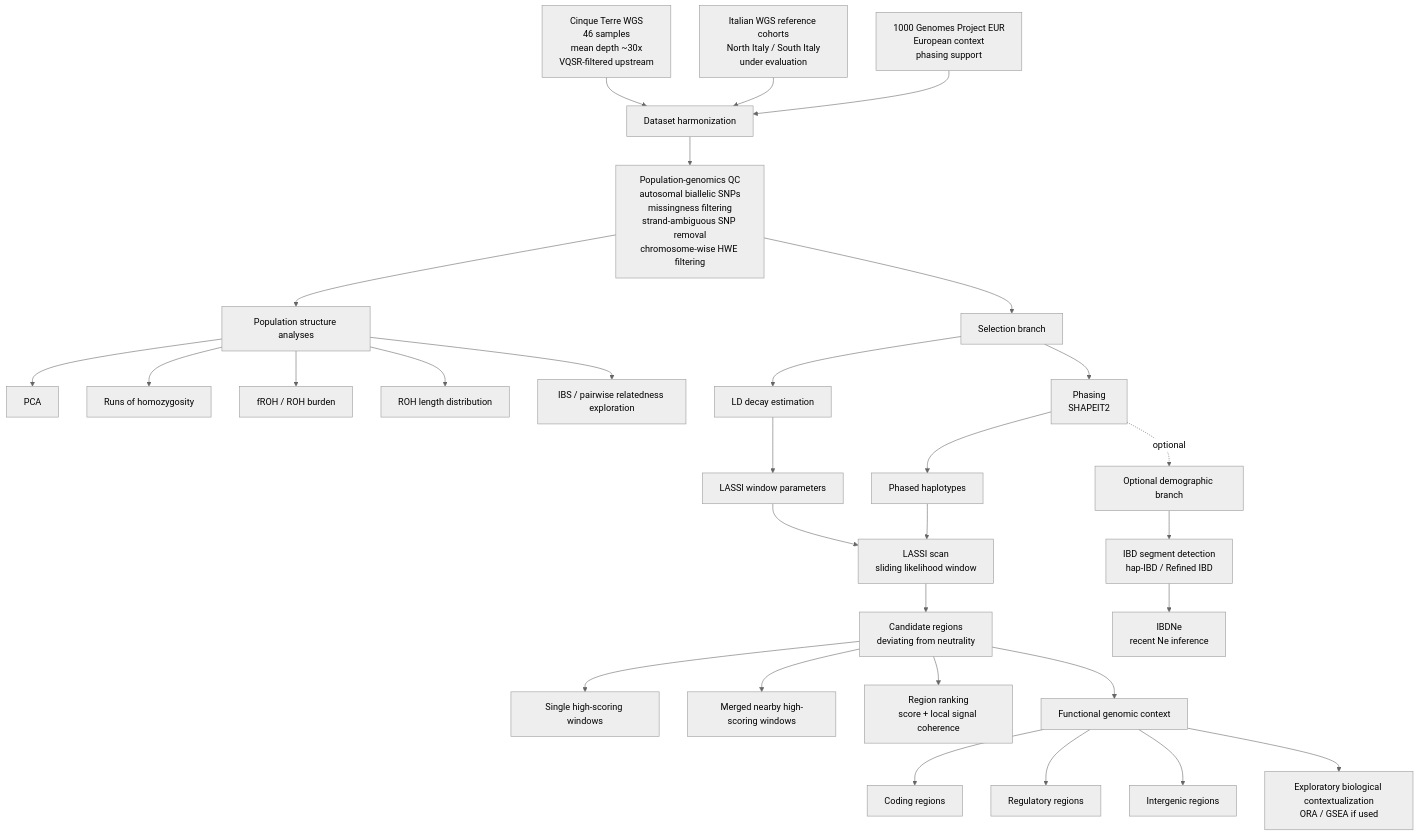
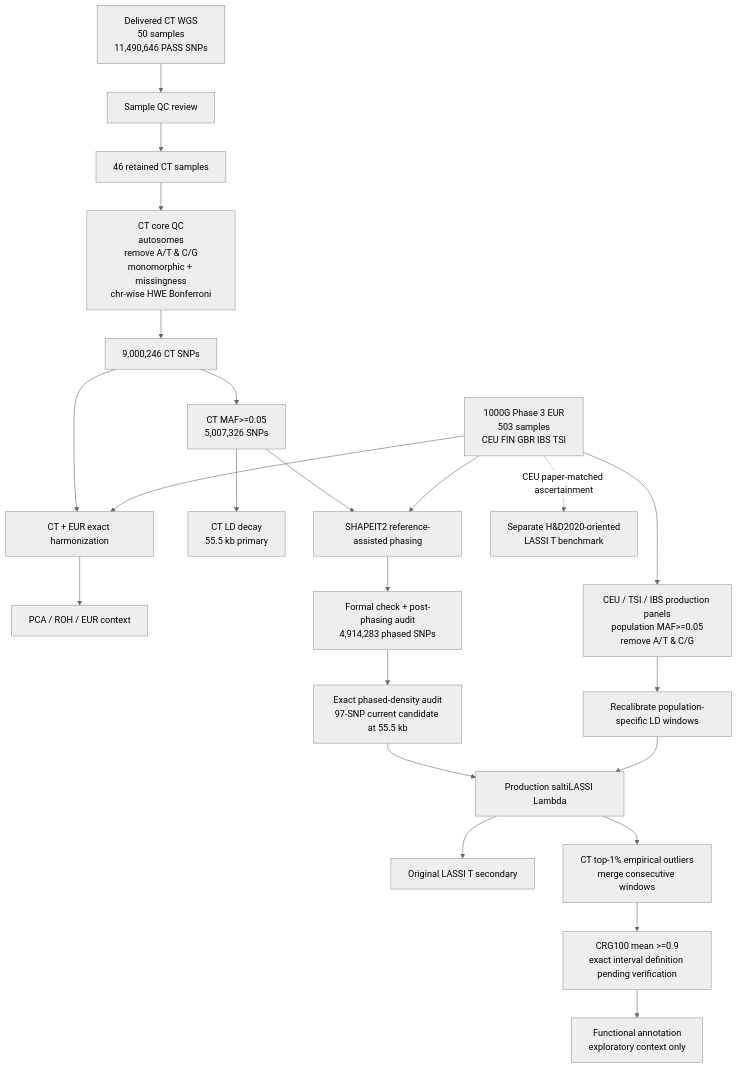
One commit to ArthurAnam/5terre-popgen-selection-pipeline changed the diagram in docs/pipeline_diagram.md. Above: the diagram before and after it, drawn with Mermaid (neutral theme). The commit also changed other lines of this file and 8 other files, not shown here.

Commit message:
Synchronize documentation with current selection workflow

````diff
--- a/docs/pipeline_diagram.md
+++ b/docs/pipeline_diagram.md
@@ -20,45 +5,34 @@
 ```mermaid
 flowchart TD
+    A[Delivered CT WGS<br/>50 samples<br/>11,490,646 PASS SNPs]
+    A --> B[Sample QC review]
+    B --> C[46 retained CT samples]
 
-    A[Cinque Terre WGS<br/>46 samples<br/>mean depth ~30x<br/>VQSR-filtered upstream]
-    B[Italian WGS reference cohorts<br/>North Italy / South Italy<br/>under evaluation]
-    C[1000 Genomes Project EUR<br/>European context<br/>phasing support]
+    C --> D[CT core QC<br/>autosomes<br/>remove A/T & C/G<br/>monomorphic + missingness<br/>chr-wise HWE Bonferroni]
+    D --> E[9,000,246 CT SNPs]
 
-    A --> D[Dataset harmonization]
-    B --> D
-    C --> D
+    R[1000G Phase 3 EUR<br/>503 samples<br/>CEU FIN GBR IBS TSI]
 
-    D --> E[Population-genomics QC<br/>autosomal biallelic SNPs<br/>missingness filtering<br/>strand-ambiguous SNP removal<br/>chromosome-wise HWE filtering]
+    E --> H[CT + EUR exact harmonization]
+    R --> H
+    H --> P[PCA / ROH / EUR context]
 
-    E --> F[Population structure analyses]
-    E --> G[Selection branch]
+    E --> M[CT MAF>=0.05<br/>5,007,326 SNPs]
+    M --> LDCT[CT LD decay<br/>55.5 kb primary]
+    M --> S[SHAPEIT2 reference-assisted phasing]
+    R --> S
+    S --> SA[Formal check + post-phasing audit<br/>4,914,283 phased SNPs]
+    SA --> WD[Exact phased-density audit<br/>97-SNP current candidate at 55.5 kb]
 
-    F --> F1[PCA]
-    F --> F2[Runs of homozygosity]
-    F --> F3[fROH / ROH burden]
-    F --> F4[ROH length distribution]
-    F --> F5[IBS / pairwise relatedness exploration]
+    R --> REF[CEU / TSI / IBS production panels<br/>population MAF>=0.05<br/>remove A/T & C/G]
+    REF --> LDR[Recalibrate population-specific LD windows]
 
-    G --> G1[LD decay estimation]
-    G --> G2[Phasing<br/>SHAPEIT2]
-    G1 --> G3[LASSI window parameters]
-    G2 --> G4[Phased haplotypes]
-    G3 --> G5[LASSI scan<br/>sliding likelihood window]
-    G4 --> G5
+    WD --> L[Production saltiLASSI Lambda]
+    LDR --> L
+    L --> T[Original LASSI T secondary]
+    L --> O[CT top-1% empirical outliers<br/>merge consecutive windows]
+    O --> Q[CRG100 mean >=0.9<br/>exact interval definition pending verification]
+    Q --> F[Functional annotation<br/>exploratory context only]
 
-    G5 --> H[Candidate regions<br/>deviating from neutrality]
-    H --> H1[Single high-scoring windows]
-    H --> H2[Merged nearby high-scoring windows]
-    H --> H3[Region ranking<br/>score + local signal coherence]
-
-    H --> I[Functional genomic context]
-    I --> I1[Coding regions]
-    I --> I2[Regulatory regions]
-    I --> I3[Intergenic regions]
-
-    I --> J[Exploratory biological contextualization<br/>ORA / GSEA if used]
-
-    G2 -. optional .-> K[Optional demographic branch]
-    K --> K1[IBD segment detection<br/>hap-IBD / Refined IBD]
-    K1 --> K2[IBDNe<br/>recent Ne inference]
+    R -. CEU paper-matched ascertainment .-> BENCH[Separate H&D2020-oriented<br/>LASSI T benchmark]
 ```
````
